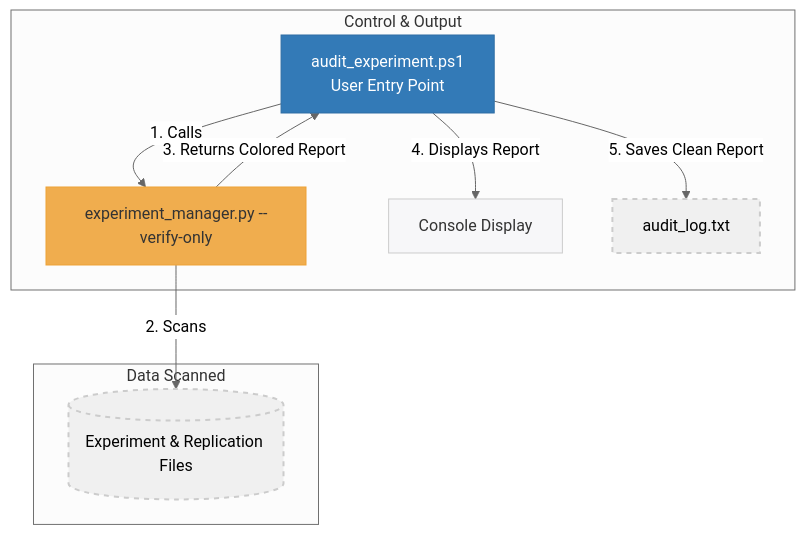
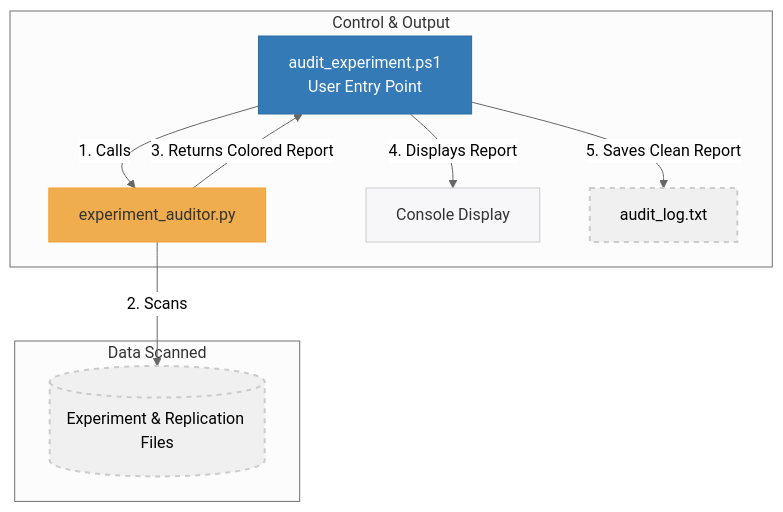
The diagram in docs/diagrams/flow_main_2_audit_experiment.mmd (peterjmarko/llm-narrative-framework), drawn with Mermaid (neutral theme) before and after one commit. The commit also changed 11 other files, not shown here.

```diff
--- a/docs/diagrams/flow_main_2_audit_experiment.mmd
+++ b/docs/diagrams/flow_main_2_audit_experiment.mmd
@@ -1,22 +1,22 @@
 graph TD
     subgraph "Control & Output"
         A[audit_experiment.ps1<br>User Entry Point]:::entry_ps
-        B[experiment_manager.py --verify-only]:::layer_orange
+        B[experiment_auditor.py]:::layer_orange
         
         A -- "1. Calls" --> B
         B -- "3. Returns Colored Report" --> A
         A -- "4. Displays Report" --> Console[Console Display]:::output
         A -- "5. Saves Clean Report" --> Log[audit_log.txt]:::artifact
     end
     
     subgraph "Data Scanned"
         Files[(Experiment & Replication Files)]:::artifact
     end
 
     B -- "2. Scans" --> Files
 
     %% Styling
     classDef entry_ps fill:#337ab7,stroke:#2e6da4,color:#fff;
     classDef layer_orange fill:#f0ad4e,stroke:#eea236,color:#333;
     classDef output fill:#f7f7f9,stroke:#ccc,color:#333;
     classDef artifact fill:#f0f0f0,stroke:#ccc,stroke-width:2px,stroke-dasharray: 5 5;
```
